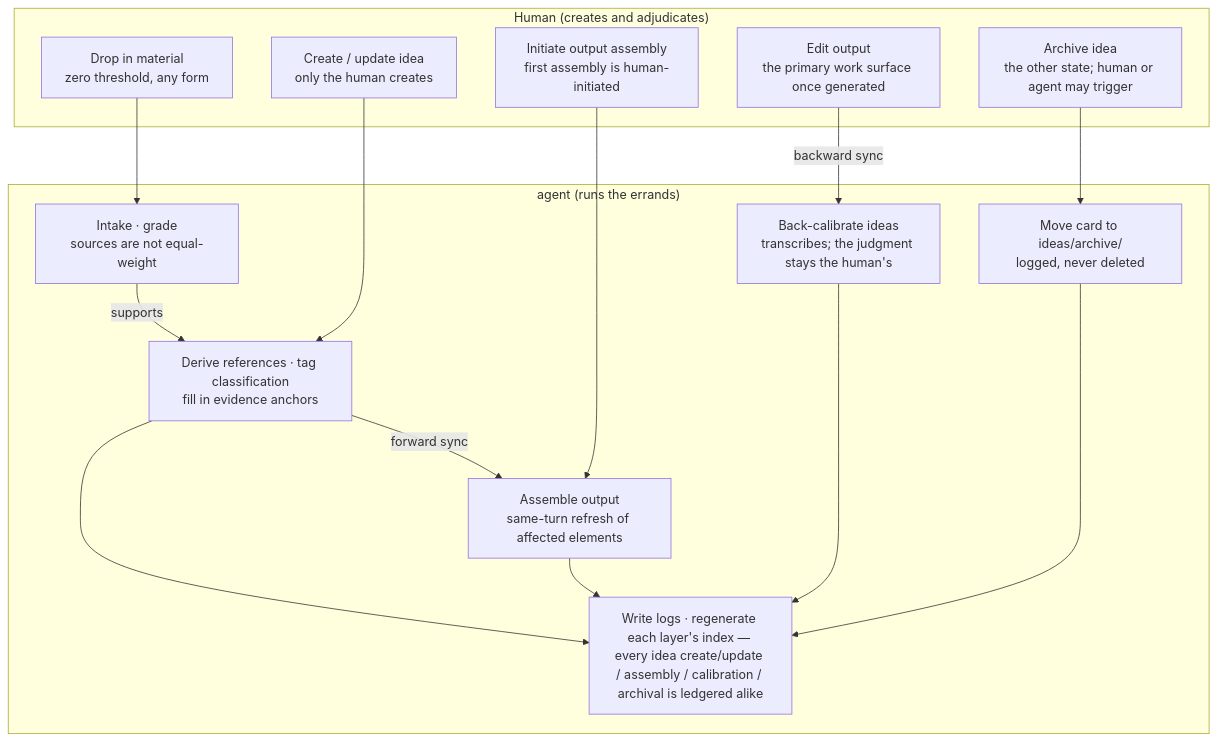
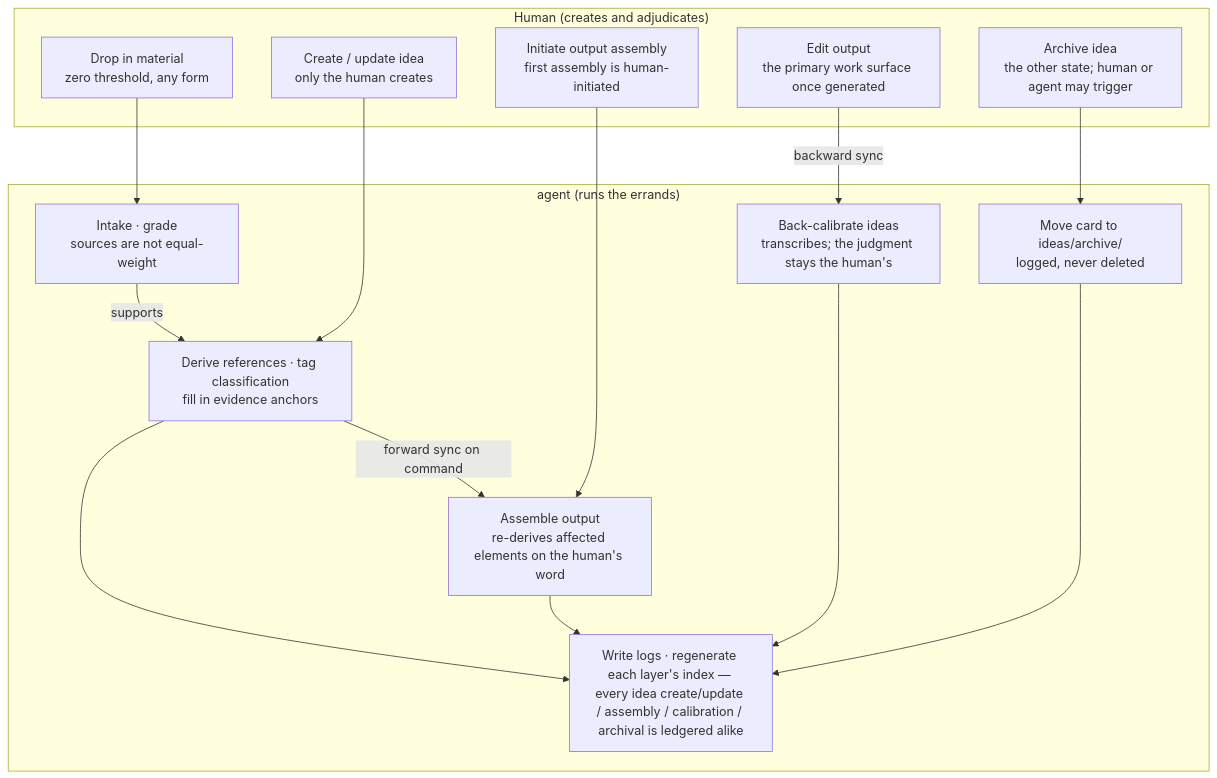
One commit to tigerless-labs/research-decision-support changed the first of 2 diagrams in docs/design-harness/output/system.md. Above: the diagram before and after it, drawn with Mermaid. The commit also changed other lines of this file and 31 other files, not shown here.

First line of the commit message:
v0.9.0: sync on command, three structured facts, single merged SKILL.md

````diff
--- a/docs/design-harness/output/system.md
+++ b/docs/design-harness/output/system.md
@@ -5,40 +5,40 @@
 ```mermaid
 flowchart TB
   subgraph HT["Human (creates and adjudicates)"]
     M["Drop in material<br/>zero threshold, any form"]
     A["Create / update idea<br/>only the human creates"]
     O["Initiate output assembly<br/>first assembly is human-initiated"]
     P["Edit output<br/>the primary work surface once generated"]
     R["Archive idea<br/>the other state; human or agent may trigger"]
   end
   subgraph GT["agent (runs the errands)"]
     B["Intake · grade<br/>sources are not equal-weight"]
     C["Derive references · tag classification<br/>fill in evidence anchors"]
-    E["Assemble output<br/>same-turn refresh of affected elements"]
+    E["Assemble output<br/>re-derives affected elements on the human's word"]
     K["Back-calibrate ideas<br/>transcribes; the judgment stays the human's"]
     V["Move card to ideas/archive/<br/>logged, never deleted"]
     L["Write logs · regenerate each layer's index — every idea create/update / assembly / calibration / archival is ledgered alike"]
   end
   M --> B
   A --> C
   O --> E
   P -- "backward sync" --> K
   R --> V
   B -- "supports" --> C
-  C -- "forward sync" --> E
+  C -- "forward sync on command" --> E
   C --> L
   E --> L
   K --> L
   V --> L
   click M "modules/source.md"
   click B "modules/source.md"
   click A "modules/idea.md"
   click C "modules/idea.md"
   click R "modules/idea.md"
   click V "modules/idea.md"
   click K "modules/idea.md"
   click O "modules/output.md"
   click P "modules/output.md"
   click E "modules/output.md"
   click L "modules/protocol.md"
 ```
````
